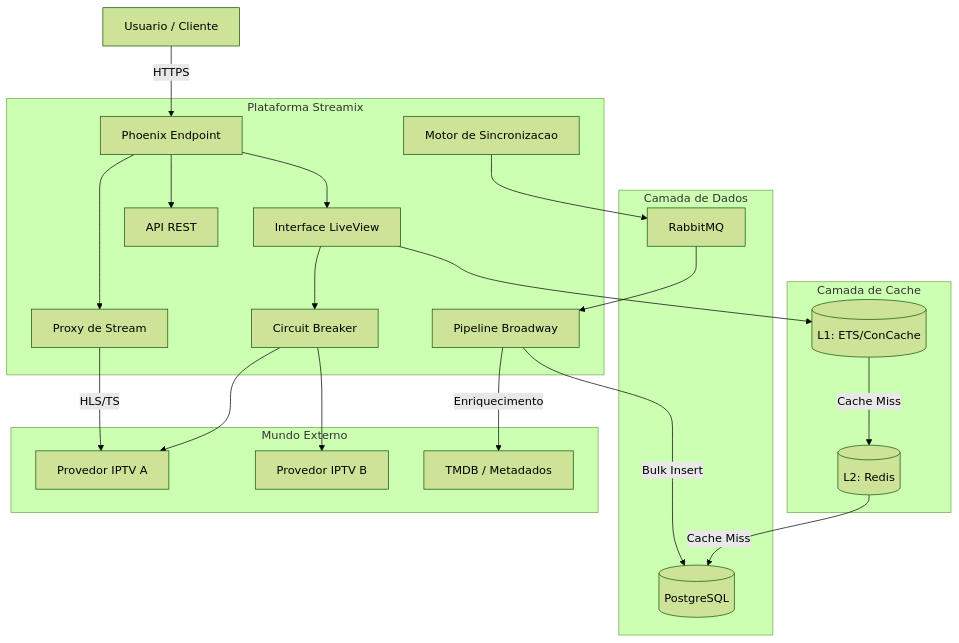
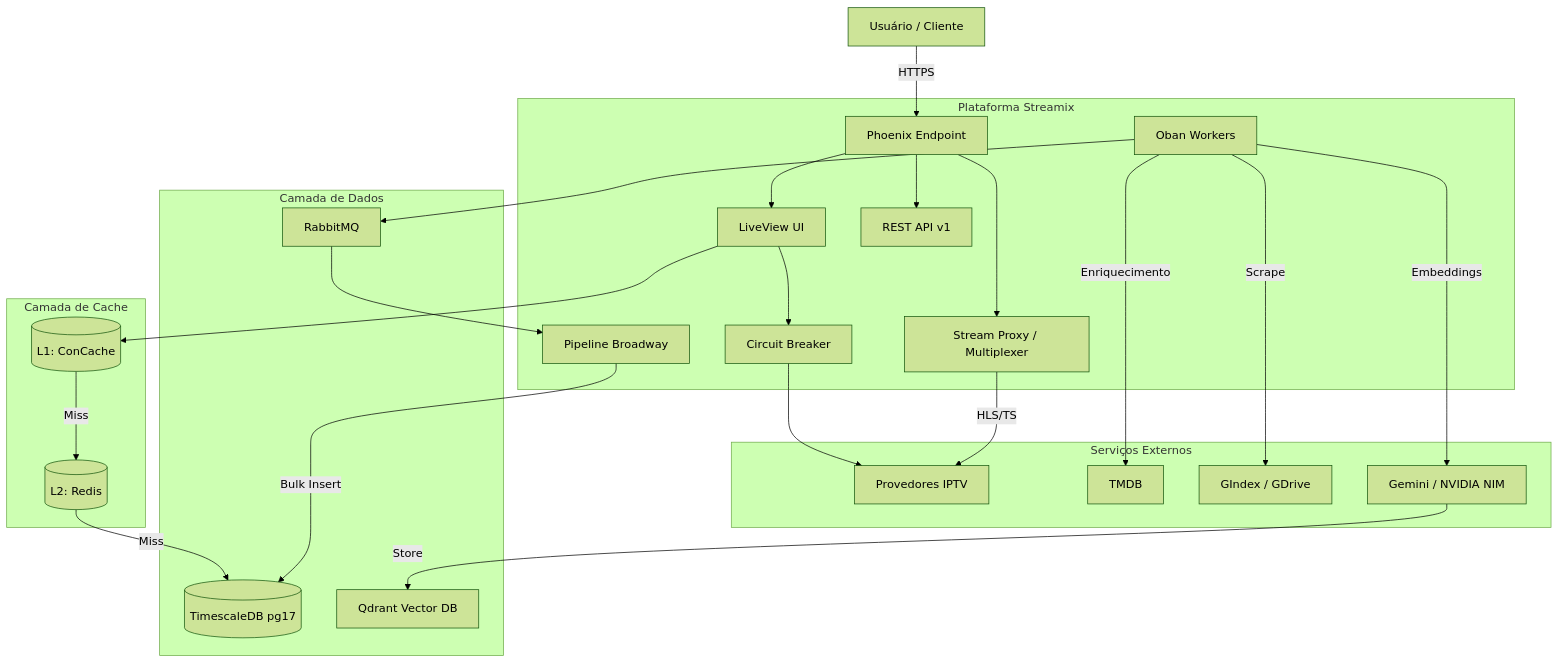
One commit to gabrielmaialva33/streamix changed the first of 2 diagrams in README.pt.md. Above: the diagram before and after it, drawn with Mermaid (forest theme). The commit also changed other lines of this file and 5 other files, not shown here.

````diff
--- a/README.pt.md
+++ b/README.pt.md
@@ -155,50 +108,54 @@
 ```mermaid
 graph TD
-    User[Usuario / Cliente]
+    User[Usuário / Cliente]
 
     subgraph "Plataforma Streamix"
         LB[Phoenix Endpoint]
-        LV[Interface LiveView]
-        API[API REST]
-        Proxy[Proxy de Stream]
+        LV[LiveView UI]
+        API[REST API v1]
+        Proxy[Stream Proxy / Multiplexer]
         CB[Circuit Breaker]
-        Sync[Motor de Sincronizacao]
+        Sync[Oban Workers]
         Broadway[Pipeline Broadway]
     end
 
     subgraph "Camada de Cache"
-        L1[(L1: ETS/ConCache)]
+        L1[(L1: ConCache)]
         L2[(L2: Redis)]
     end
 
     subgraph "Camada de Dados"
-        DB[(PostgreSQL)]
+        DB[(TimescaleDB pg17)]
         RMQ[RabbitMQ]
+        QD[Qdrant Vector DB]
     end
 
-    subgraph "Mundo Externo"
-        P1[Provedor IPTV A]
-        P2[Provedor IPTV B]
-        TM[TMDB / Metadados]
+    subgraph "Serviços Externos"
+        P1[Provedores IPTV]
+        TM[TMDB]
+        GI[GIndex / GDrive]
+        AI[Gemini / NVIDIA NIM]
     end
 
     User -->|HTTPS| LB
     LB --> LV
     LB --> API
     LB --> Proxy
 
     LV --> L1
-    L1 -->|Cache Miss| L2
-    L2 -->|Cache Miss| DB
+    L1 -->|Miss| L2
+    L2 -->|Miss| DB
 
     LV --> CB
     CB --> P1
-    CB --> P2
 
     Sync --> RMQ
     RMQ --> Broadway
     Broadway -->|Bulk Insert| DB
-    Broadway -->|Enriquecimento| TM
+    Sync -->|Enriquecimento| TM
+    Sync -->|Embeddings| AI
+    AI -->|Store| QD
 
     Proxy -->|HLS/TS| P1
+    Sync -->|Scrape| GI
 ```
````
